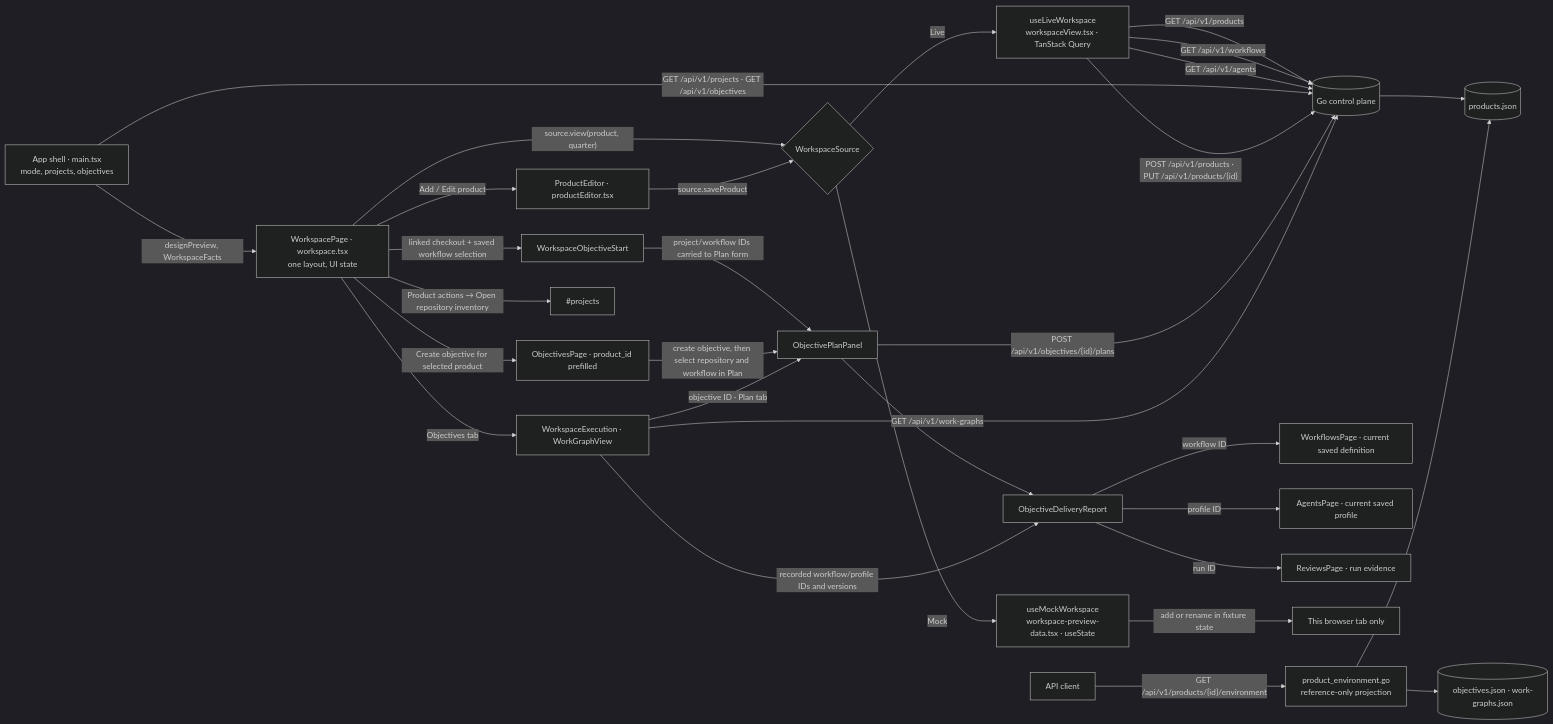
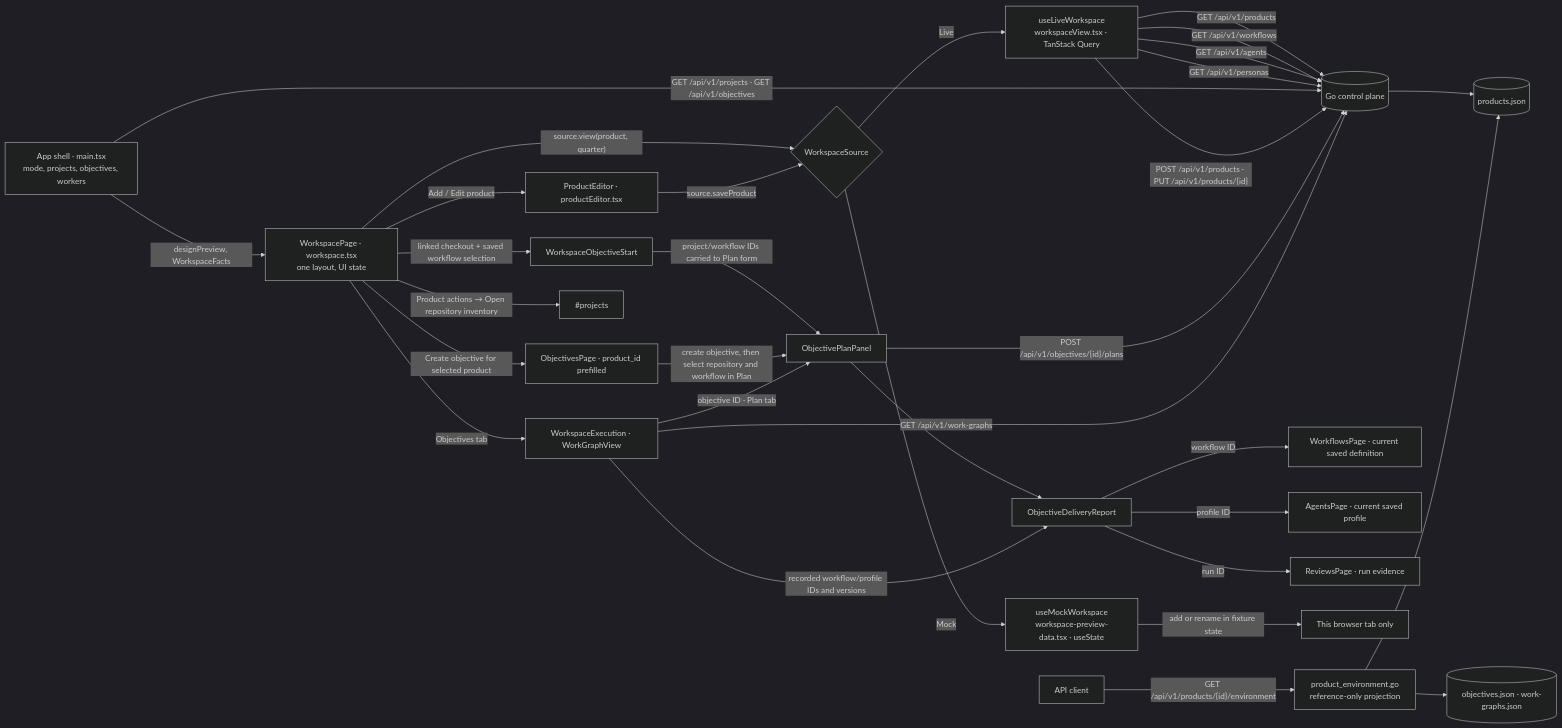
One commit to bogdaniel/zenchron-engineering-os changed the diagram in docs/features/product-workspace.md. Above: the diagram before and after it, drawn with Mermaid (dark theme). The commit also changed other lines of this file and 7 other files, not shown here.

````diff
--- a/docs/features/product-workspace.md
+++ b/docs/features/product-workspace.md
@@ -12,33 +12,34 @@
 ```mermaid
 flowchart LR
-    Shell["App shell · main.tsx<br/>mode, projects, objectives"] -->|"designPreview, WorkspaceFacts"| Page["WorkspacePage · workspace.tsx<br/>one layout, UI state"]
+    Shell["App shell · main.tsx<br/>mode, projects, objectives, workers"] -->|"designPreview, WorkspaceFacts"| Page["WorkspacePage · workspace.tsx<br/>one layout, UI state"]
     Page -->|"source.view(product, quarter)"| Source{"WorkspaceSource"}
     Source -->|Mock| Mock["useMockWorkspace<br/>workspace-preview-data.tsx · useState"]
     Source -->|Live| Live["useLiveWorkspace<br/>workspaceView.tsx · TanStack Query"]
     Live -->|"GET /api/v1/products"| CP[(Go control plane)]
     Live -->|"GET /api/v1/workflows"| CP
     Live -->|"GET /api/v1/agents"| CP
+    Live -->|"GET /api/v1/personas"| CP
     Shell -->|"GET /api/v1/projects · GET /api/v1/objectives"| CP
     Page -->|"Add / Edit product"| Editor["ProductEditor · productEditor.tsx"]
     Editor -->|"source.saveProduct"| Source
     Live -->|"POST /api/v1/products · PUT /api/v1/products/{id}"| CP
     Page -->|"Create objective for selected product"| Objective["ObjectivesPage · product_id prefilled"]
     Page -->|"linked checkout + saved workflow selection"| Start["WorkspaceObjectiveStart"]
     Start -->|"project/workflow IDs carried to Plan form"| Plans
     Objective -->|"create objective, then select repository and workflow in Plan"| Plans["ObjectivePlanPanel"]
     Plans -->|"POST /api/v1/objectives/{id}/plans"| CP
     Plans --> Report["ObjectiveDeliveryReport"]
     Report -->|"workflow ID"| Workflow["WorkflowsPage · current saved definition"]
     Report -->|"profile ID"| Agents["AgentsPage · current saved profile"]
     Report -->|"run ID"| Reviews["ReviewsPage · run evidence"]
     Mock -->|"add or rename in fixture state"| Tab["This browser tab only"]
     CP --> Store[(products.json)]
     Page -->|"Objectives tab"| Execution["WorkspaceExecution · WorkGraphView"]
     Execution -->|"GET /api/v1/work-graphs"| CP
     Execution -->|"recorded workflow/profile IDs and versions"| Report
     Execution -->|"objective ID · Plan tab"| Plans
     Client["API client"] -->|"GET /api/v1/products/{id}/environment"| Environment["product_environment.go<br/>reference-only projection"]
     Environment --> Store
     Environment --> Graphs[(objectives.json · work-graphs.json)]
     Page -->|"Product actions → Open repository inventory"| Projects["#projects"]
 ```
````
